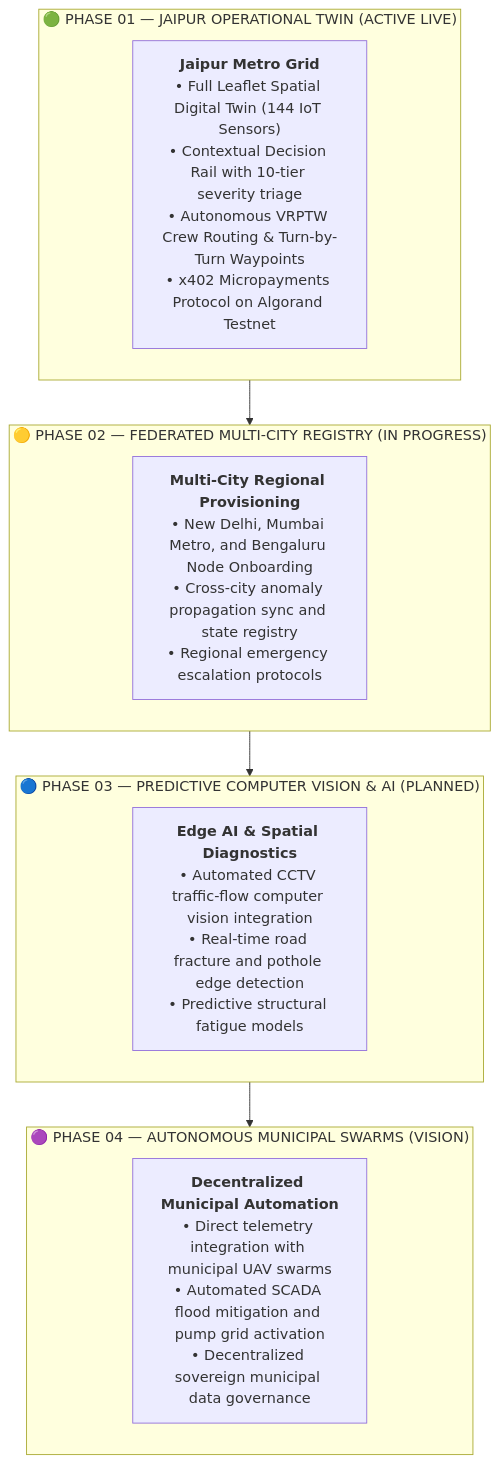
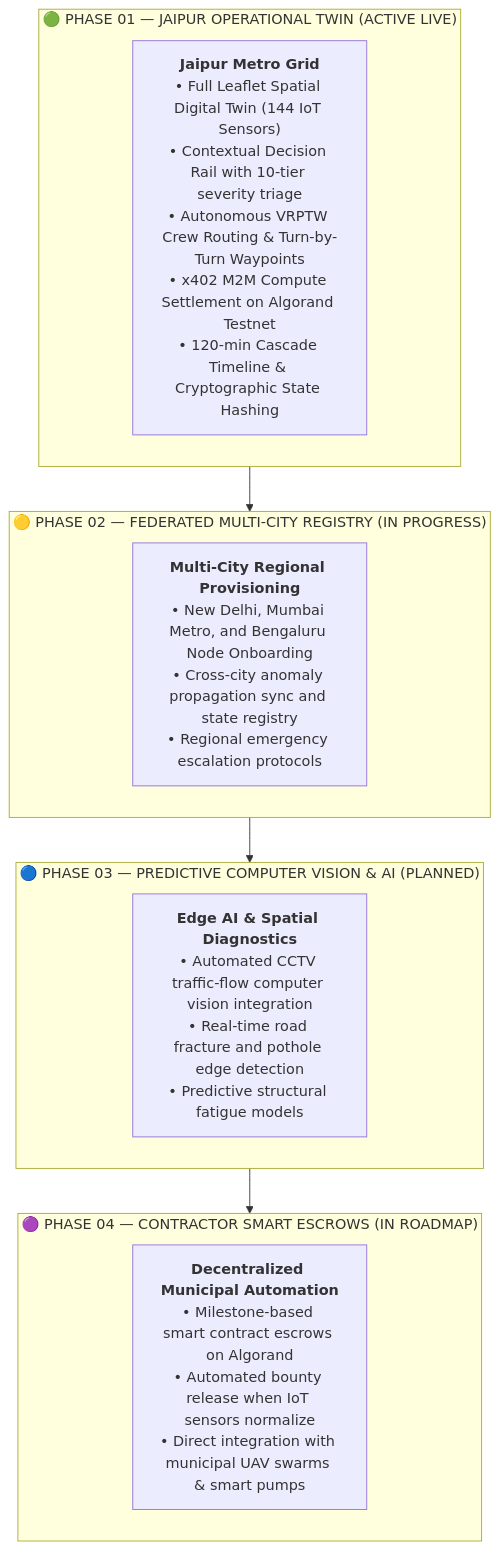
The fifth of 5 diagrams in README.md (SIDDHARTHXMEUR/CIVICTWIN), drawn with Mermaid before and after one commit. The commit also changed other lines of this file and 16 other files, not shown here.

Commit message:
feat: Algorand x402 M2M compute settlement, Intelligence dossier overhaul, Decision Rail legibility, and Indian currency system support

````diff
--- a/README.md
+++ b/README.md
@@ -449,20 +465,20 @@
 ```mermaid
 flowchart TD
     subgraph PHASE1 ["🟢 PHASE 01 — JAIPUR OPERATIONAL TWIN (ACTIVE LIVE)"]
-        P1["<b>Jaipur Metro Grid</b><br/>• Full Leaflet Spatial Digital Twin (144 IoT Sensors)<br/>• Contextual Decision Rail with 10-tier severity triage<br/>• Autonomous VRPTW Crew Routing & Turn-by-Turn Waypoints<br/>• x402 Micropayments Protocol on Algorand Testnet"]
+        P1["<b>Jaipur Metro Grid</b><br/>• Full Leaflet Spatial Digital Twin (144 IoT Sensors)<br/>• Contextual Decision Rail with 10-tier severity triage<br/>• Autonomous VRPTW Crew Routing & Turn-by-Turn Waypoints<br/>• x402 M2M Compute Settlement on Algorand Testnet<br/>• 120-min Cascade Timeline & Cryptographic State Hashing"]
     end
 
     subgraph PHASE2 ["🟡 PHASE 02 — FEDERATED MULTI-CITY REGISTRY (IN PROGRESS)"]
         P2["<b>Multi-City Regional Provisioning</b><br/>• New Delhi, Mumbai Metro, and Bengaluru Node Onboarding<br/>• Cross-city anomaly propagation sync and state registry<br/>• Regional emergency escalation protocols"]
     end
 
     subgraph PHASE3 ["🔵 PHASE 03 — PREDICTIVE COMPUTER VISION & AI (PLANNED)"]
         P3["<b>Edge AI & Spatial Diagnostics</b><br/>• Automated CCTV traffic-flow computer vision integration<br/>• Real-time road fracture and pothole edge detection<br/>• Predictive structural fatigue models"]
     end
 
-    subgraph PHASE4 ["🟣 PHASE 04 — AUTONOMOUS MUNICIPAL SWARMS (VISION)"]
-        P4["<b>Decentralized Municipal Automation</b><br/>• Direct telemetry integration with municipal UAV swarms<br/>• Automated SCADA flood mitigation and pump grid activation<br/>• Decentralized sovereign municipal data governance"]
+    subgraph PHASE4 ["🟣 PHASE 04 — CONTRACTOR SMART ESCROWS (IN ROADMAP)"]
+        P4["<b>Decentralized Municipal Automation</b><br/>• Milestone-based smart contract escrows on Algorand<br/>• Automated bounty release when IoT sensors normalize<br/>• Direct integration with municipal UAV swarms & smart pumps"]
     end
 
     PHASE1 --> PHASE2 --> PHASE3 --> PHASE4
 ```
````
